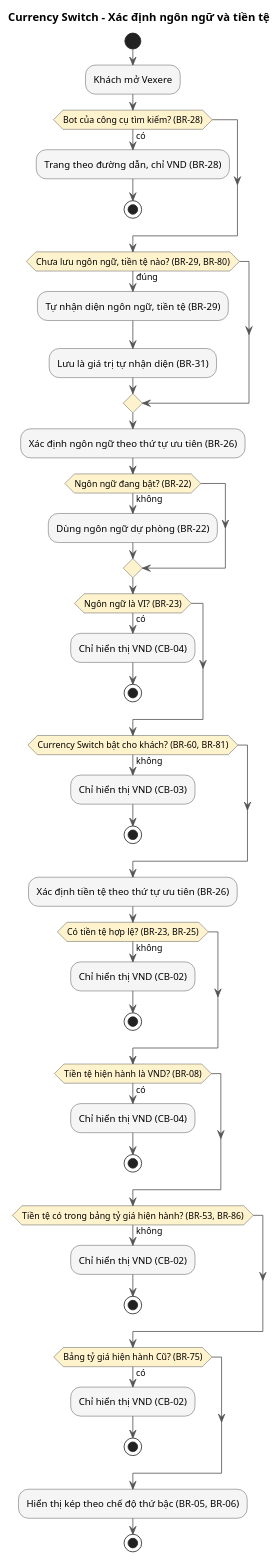
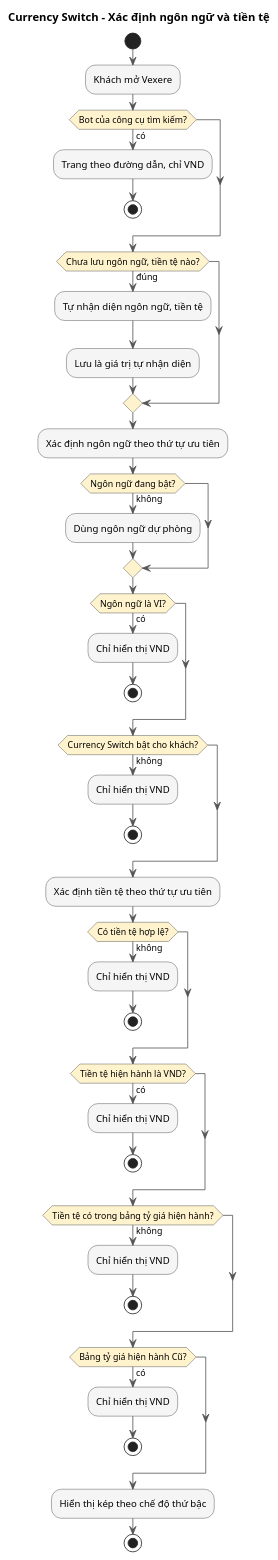
The first of 3 diagrams in domain-knowledge/currency-switch/PRDs/currency-switch_PRD.md (Tuon-Tun/PRD_Vexere), drawn with PlantUML before and after one commit. The commit also changed other lines of this file and 18 other files, not shown here.

````diff
--- a/domain-knowledge/currency-switch/PRDs/currency-switch_PRD.md
+++ b/domain-knowledge/currency-switch/PRDs/currency-switch_PRD.md
@@ -335,52 +239,52 @@
 ```plantuml
 @startuml
 skinparam ActivityBackgroundColor #f5f5f5
 skinparam ActivityBorderColor #333333
 skinparam ArrowColor #555555
 skinparam ActivityDiamondBackgroundColor #fff3cd
 
 title Currency Switch - Xác định ngôn ngữ và tiền tệ
 
 start
 :Khách mở Vexere;
-if (Bot của công cụ tìm kiếm? (BR-28)) then (có)
-  :Trang theo đường dẫn, chỉ VND (BR-28);
+if (Bot của công cụ tìm kiếm?) then (có)
+  :Trang theo đường dẫn, chỉ VND;
   stop
 endif
-if (Chưa lưu ngôn ngữ, tiền tệ nào? (BR-29, BR-80)) then (đúng)
-  :Tự nhận diện ngôn ngữ, tiền tệ (BR-29);
-  :Lưu là giá trị tự nhận diện (BR-31);
+if (Chưa lưu ngôn ngữ, tiền tệ nào?) then (đúng)
+  :Tự nhận diện ngôn ngữ, tiền tệ;
+  :Lưu là giá trị tự nhận diện;
 endif
-:Xác định ngôn ngữ theo thứ tự ưu tiên (BR-26);
-if (Ngôn ngữ đang bật? (BR-22)) then (không)
-  :Dùng ngôn ngữ dự phòng (BR-22);
+:Xác định ngôn ngữ theo thứ tự ưu tiên;
+if (Ngôn ngữ đang bật?) then (không)
+  :Dùng ngôn ngữ dự phòng;
 endif
-if (Ngôn ngữ là VI? (BR-23)) then (có)
-  :Chỉ hiển thị VND (CB-04);
+if (Ngôn ngữ là VI?) then (có)
+  :Chỉ hiển thị VND;
   stop
 endif
-if (Currency Switch bật cho khách? (BR-60, BR-81)) then (không)
-  :Chỉ hiển thị VND (CB-03);
+if (Currency Switch bật cho khách?) then (không)
+  :Chỉ hiển thị VND;
   stop
 endif
-:Xác định tiền tệ theo thứ tự ưu tiên (BR-26);
-if (Có tiền tệ hợp lệ? (BR-23, BR-25)) then (không)
-  :Chỉ hiển thị VND (CB-02);
+:Xác định tiền tệ theo thứ tự ưu tiên;
+if (Có tiền tệ hợp lệ?) then (không)
+  :Chỉ hiển thị VND;
   stop
 endif
-if (Tiền tệ hiện hành là VND? (BR-08)) then (có)
-  :Chỉ hiển thị VND (CB-04);
+if (Tiền tệ hiện hành là VND?) then (có)
+  :Chỉ hiển thị VND;
   stop
 endif
-if (Tiền tệ có trong bảng tỷ giá hiện hành? (BR-53, BR-86)) then (không)
-  :Chỉ hiển thị VND (CB-02);
+if (Tiền tệ có trong bảng tỷ giá hiện hành?) then (không)
+  :Chỉ hiển thị VND;
   stop
 endif
-if (Bảng tỷ giá hiện hành Cũ? (BR-75)) then (có)
-  :Chỉ hiển thị VND (CB-02);
+if (Bảng tỷ giá hiện hành Cũ?) then (có)
+  :Chỉ hiển thị VND;
   stop
 endif
-:Hiển thị kép theo chế độ thứ bậc (BR-05, BR-06);
+:Hiển thị kép theo chế độ thứ bậc;
 stop
 @enduml
 ```
````
